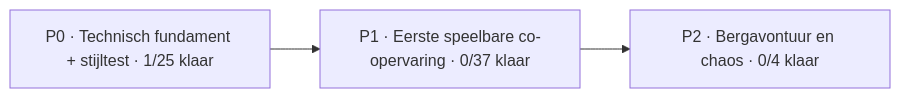
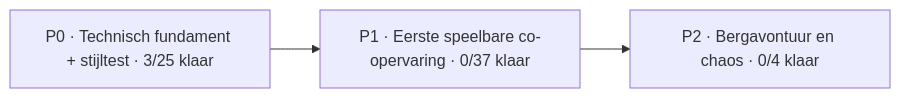
One commit to mlemson/conductor-chaos changed the diagram in Docs/PROJECT_BOARD.md. Above: the diagram before and after it, drawn with Mermaid. The commit also changed other lines of this file, not shown here.

````diff
--- a/Docs/PROJECT_BOARD.md
+++ b/Docs/PROJECT_BOARD.md
@@ -13,7 +13,7 @@
 ```mermaid
 flowchart LR
-    P0["P0 · Technisch fundament + stijltest · 1/25 klaar"]
+    P0["P0 · Technisch fundament + stijltest · 3/25 klaar"]
     P1["P1 · Eerste speelbare co-opervaring · 0/37 klaar"]
     P2["P2 · Bergavontuur en chaos · 0/4 klaar"]
     P0 --> P1 --> P2
 ```
````
